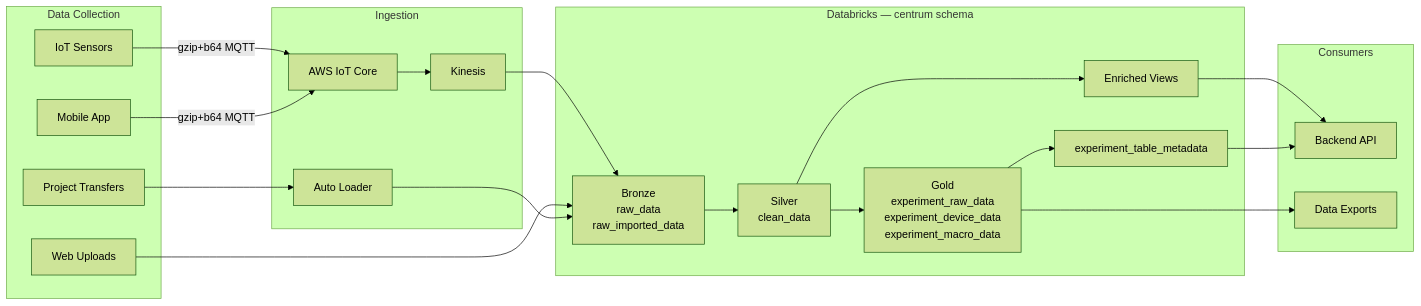
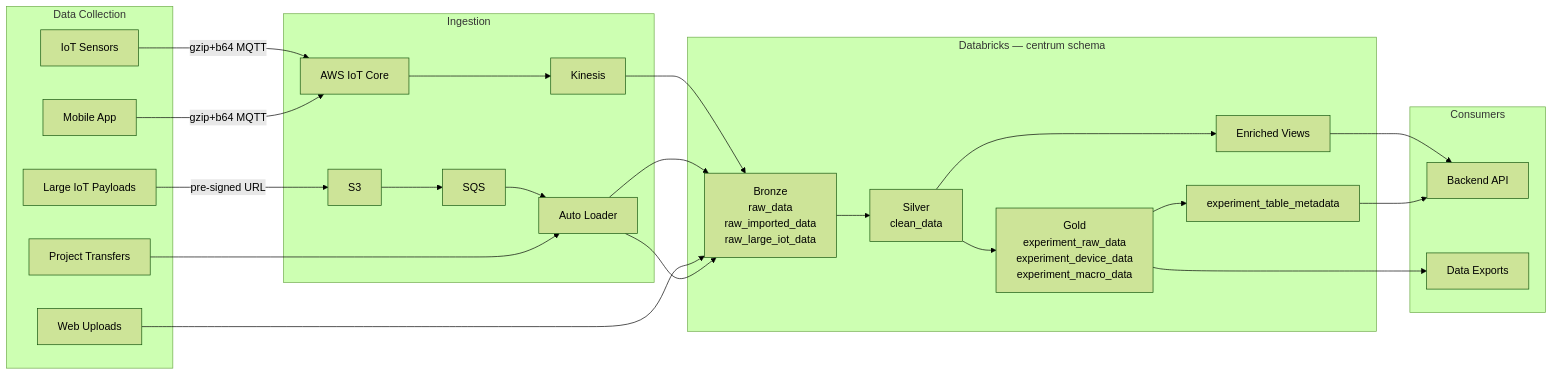
Before and after one commit to Jan-IngenHousz-Institute/open-jii: the diagram in apps/docs/docs/006-for-developers/001-developers-guide/system-architecture-data-pipeline.md, drawn with Mermaid (forest theme). The commit also changed other lines of this file, not shown here.

````diff
--- a/apps/docs/docs/006-for-developers/001-developers-guide/system-architecture-data-pipeline.md
+++ b/apps/docs/docs/006-for-developers/001-developers-guide/system-architecture-data-pipeline.md
@@ -68,40 +68,45 @@
 ```mermaid
 graph LR
 subgraph "Data Collection"
 S[IoT Sensors]
 M[Mobile App]
 W[Web Uploads]
 T[Project Transfers]
+L[Large IoT Payloads]
 end
 
 subgraph "Ingestion"
 MQTT[AWS IoT Core]
 K[Kinesis]
+S3L[S3]
+SQS[SQS]
 AL[Auto Loader]
 end
 
 subgraph "Databricks — centrum schema"
-B["Bronze<br/>raw_data<br/>raw_imported_data"]
+B["Bronze<br/>raw_data<br/>raw_imported_data<br/>raw_large_iot_data"]
 SV["Silver<br/>clean_data"]
 G["Gold<br/>experiment_raw_data<br/>experiment_device_data<br/>experiment_macro_data"]
 EV["Enriched Views"]
 META["experiment_table_metadata"]
 end
 
 subgraph "Consumers"
 API[Backend API]
 EXP[Data Exports]
 end
 
 S -->|"gzip+b64 MQTT"| MQTT
 M -->|"gzip+b64 MQTT"| MQTT
 MQTT --> K --> B
+L -->|"pre-signed URL"| S3L
+S3L --> SQS --> AL --> B
 W --> B
 T --> AL --> B
 B --> SV --> G
 SV --> EV
 G --> META
 EV --> API
 META --> API
 G --> EXP
 ```
````
